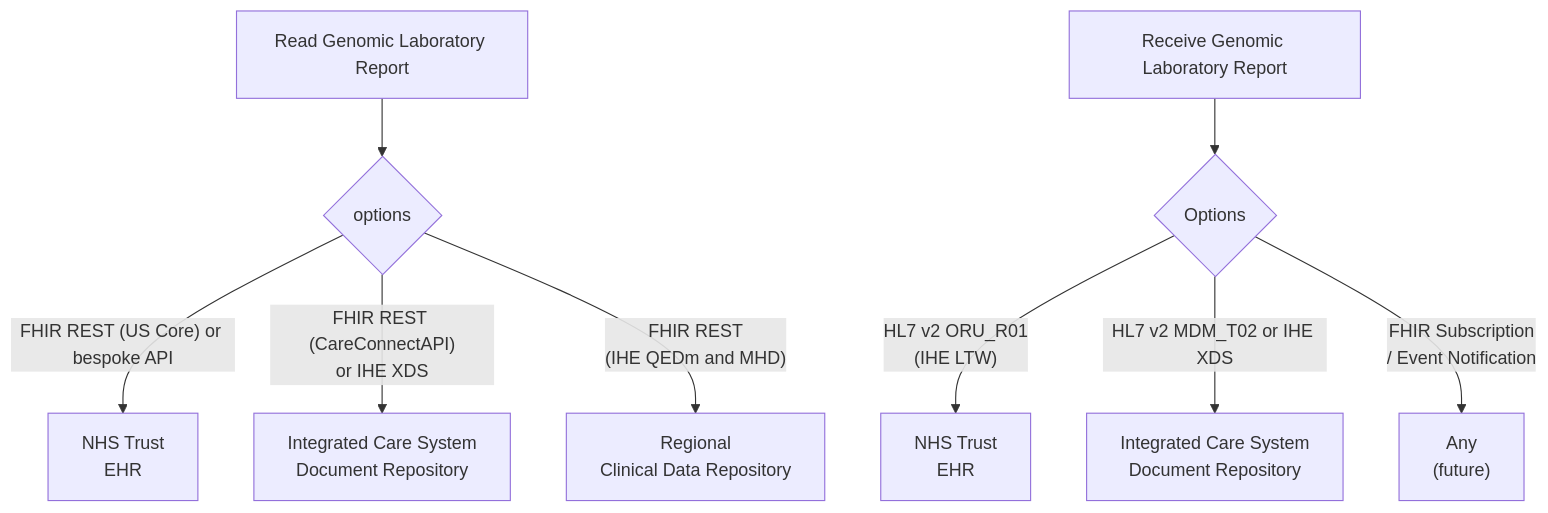
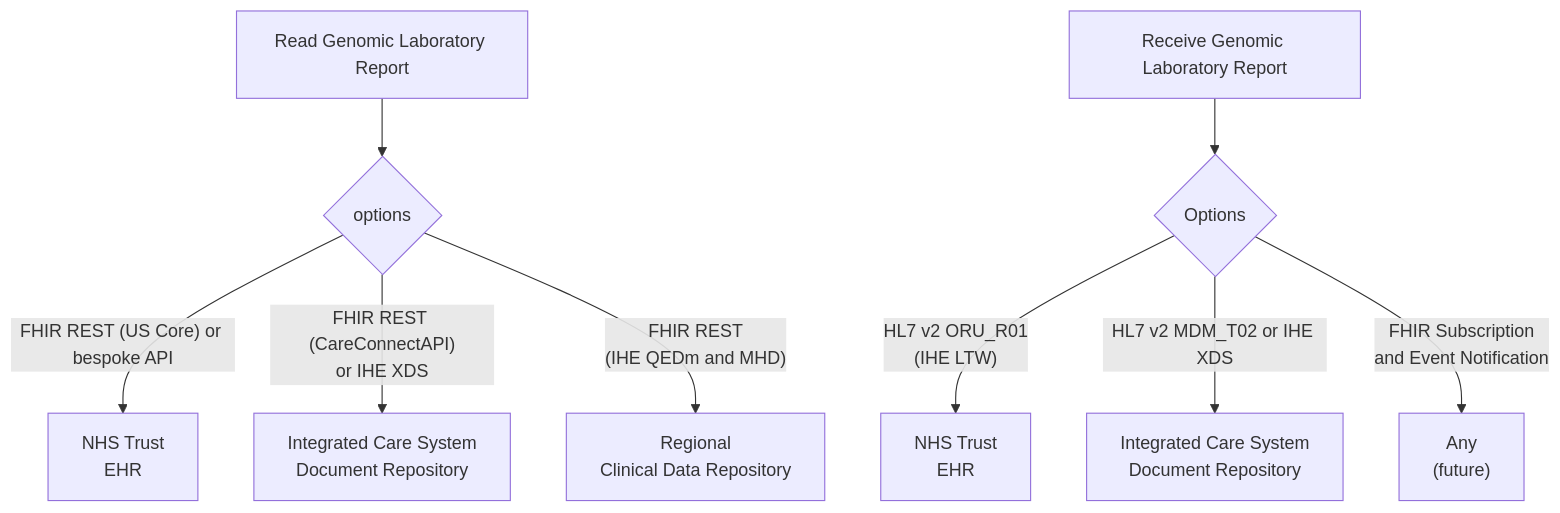
The second of 2 diagrams in input/pagecontent/index.md (uk-gov-mirror/nw-gmsa.nw-gmsa.github.com), drawn with Mermaid before and after one commit.

Commit message:
Genomic Test Order and Report Example Scenario

````diff
--- a/input/pagecontent/index.md
+++ b/input/pagecontent/index.md
@@ -61,12 +61,12 @@
 ```mermaid
 graph TD;
     Read[Read Genomic Laboratory Report]-->O
     O{options} --> |"FHIR REST (US Core) or bespoke API"| EHR[NHS Trust<br/>EHR] 
     O --> |"FHIR REST (CareConnectAPI)<br/>or IHE XDS"| ICS[Integrated Care System <br/> Document Repository]
     O --> |"FHIR REST<br/>(IHE QEDm and MHD)"| CDR[Regional <br/> Clinical Data Repository]
 
     Receive[Receive Genomic Laboratory Report] --> OR{Options}
     OR --> |"HL7 v2 ORU_R01<br/>(IHE LTW)"| EHRTIE[NHS Trust<br/>EHR] 
     OR --> |HL7 v2 MDM_T02 or IHE XDS| ICSTIE[Integrated Care System <br/> Document Repository]
-    OR --> |FHIR Subscription <br/>/ Event Notification| Any["Any <br/>(future)"]
+    OR --> |FHIR Subscription <br/>and Event Notification| Any["Any <br/>(future)"]
 ```
````
